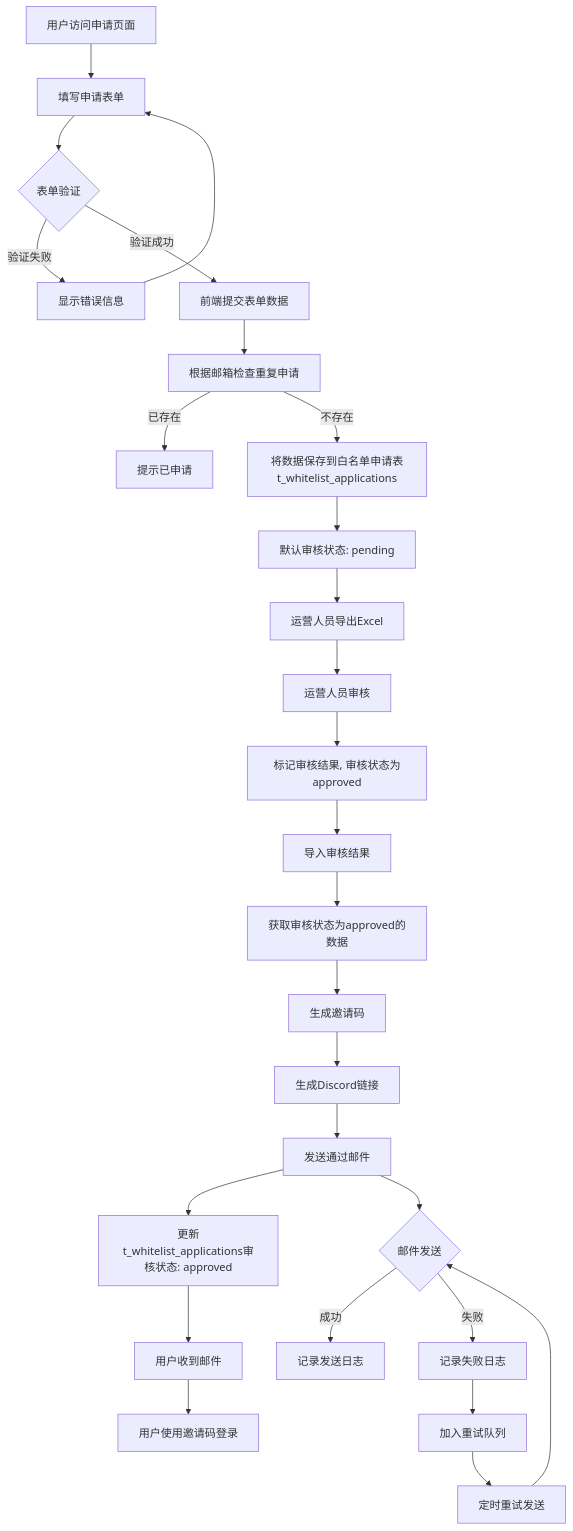
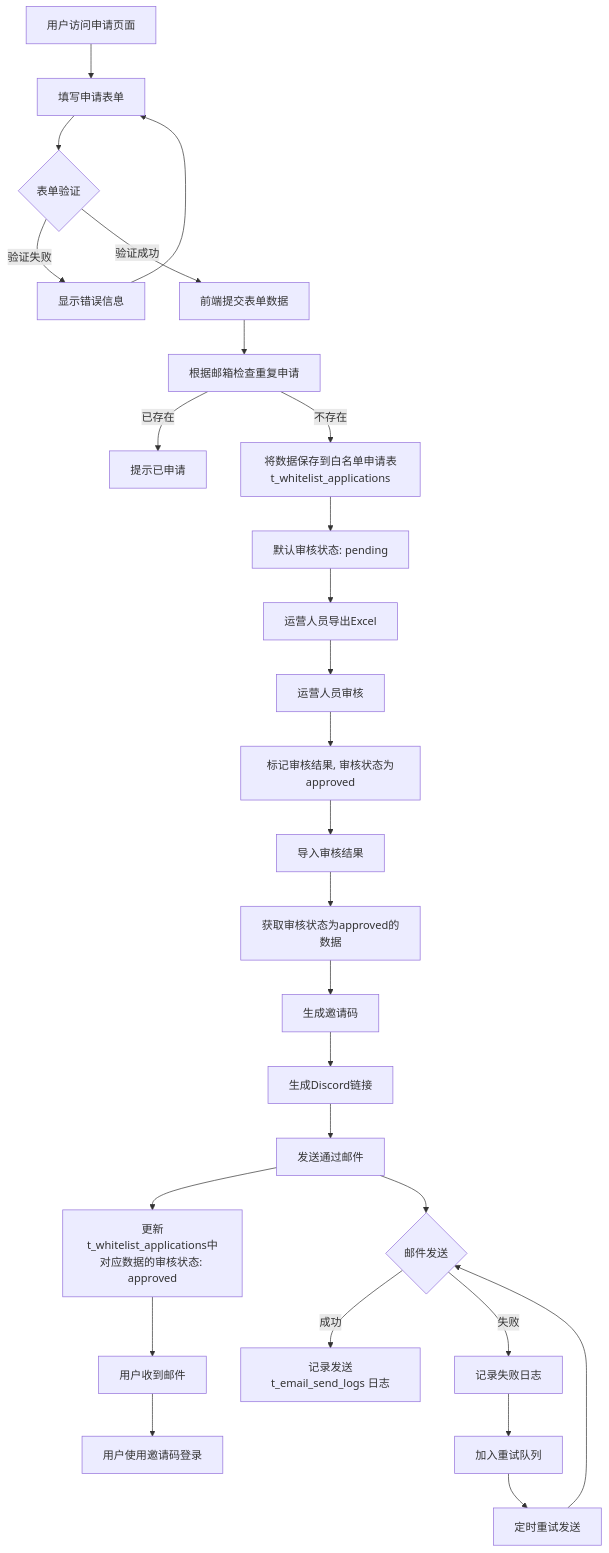
Before and after one commit to yingjianzh/iodraw-files: the diagram in all/未命名-69.md, drawn with Mermaid.

Commit message:
2025-07-03 10:33:41 update

````diff
--- a/all/未命名-69.md
+++ b/all/未命名-69.md
@@ -1,32 +1,32 @@
 ```mermaid
 flowchart TD
     A[用户访问申请页面] --> B[填写申请表单]
     B --> C{表单验证}
     C -->|验证失败| D[显示错误信息]
     D --> B
     C -->|验证成功| E[前端提交表单数据]
     E -->E1[根据邮箱检查重复申请]
     E1 -->|已存在| F[提示已申请]
     E1 -->|不存在| G[将数据保存到白名单申请表t_whitelist_applications]
     G --> H[默认审核状态: pending]
     
     H --> I[运营人员导出Excel]
     I --> J[运营人员审核]
     J --> K[标记审核结果, 审核状态为approved]
     K --> L[导入审核结果]
     L --> M[获取审核状态为approved的数据]
     M --> N[生成邀请码]
     N --> O[生成Discord链接]
     O --> P[发送通过邮件]
-    P --> Q[更新t_whitelist_applications审核状态: approved]
+    P --> Q[更新t_whitelist_applications中对应数据的审核状态: approved]
     
     P --> T{邮件发送}
-    T -->|成功| U[记录发送日志]
+    T -->|成功| U[记录发送t_email_send_logs 日志]
     T -->|失败| V[记录失败日志]
     V --> W[加入重试队列]
     W --> X[定时重试发送]
     X --> T
     
     Q --> Y[用户收到邮件]
     Y --> Z[用户使用邀请码登录]
 ```
````
